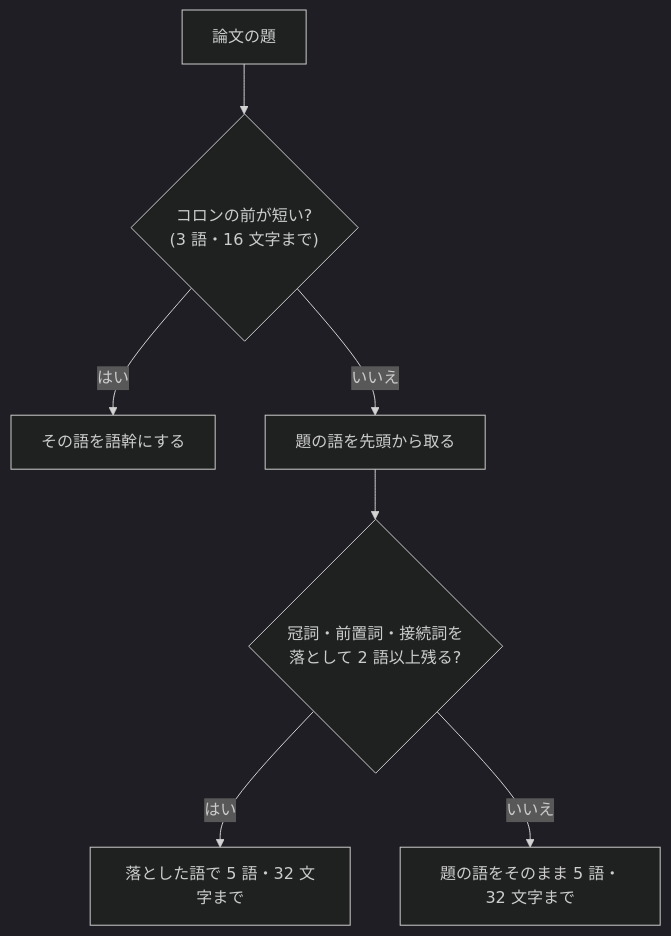
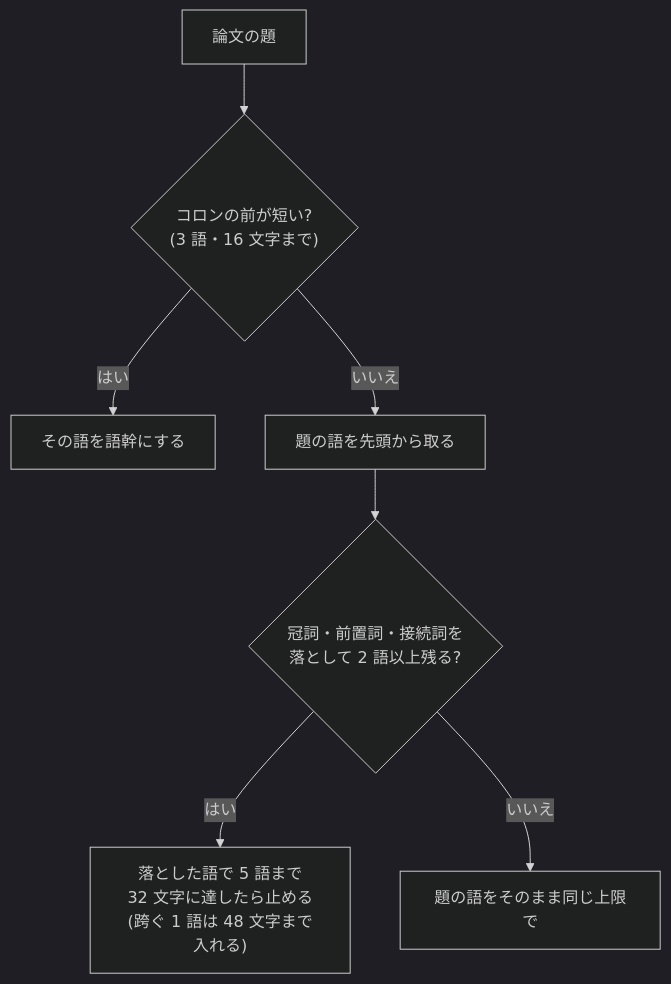
One commit to MatchaChoco010/carrel changed the diagram in docs/design/0023_slug_keyword.md. Above: the diagram before and after it, drawn with Mermaid (dark theme). The commit also changed other lines of this file, not shown here.

````diff
--- a/docs/design/0023_slug_keyword.md
+++ b/docs/design/0023_slug_keyword.md
@@ -61,9 +64,9 @@
 ```mermaid
 flowchart TD
   T["論文の題"] --> C{"コロンの前が短い?<br/>(3 語・16 文字まで)"}
   C -->|はい| S["その語を語幹にする"]
   C -->|いいえ| W["題の語を先頭から取る"]
   W --> D{"冠詞・前置詞・接続詞を<br/>落として 2 語以上残る?"}
-  D -->|はい| K["落とした語で 5 語・32 文字まで"]
-  D -->|いいえ| A["題の語をそのまま 5 語・32 文字まで"]
+  D -->|はい| K["落とした語で 5 語まで<br/>32 文字に達したら止める<br/>(跨ぐ 1 語は 48 文字まで入れる)"]
+  D -->|いいえ| A["題の語をそのまま同じ上限で"]
 ```
````
